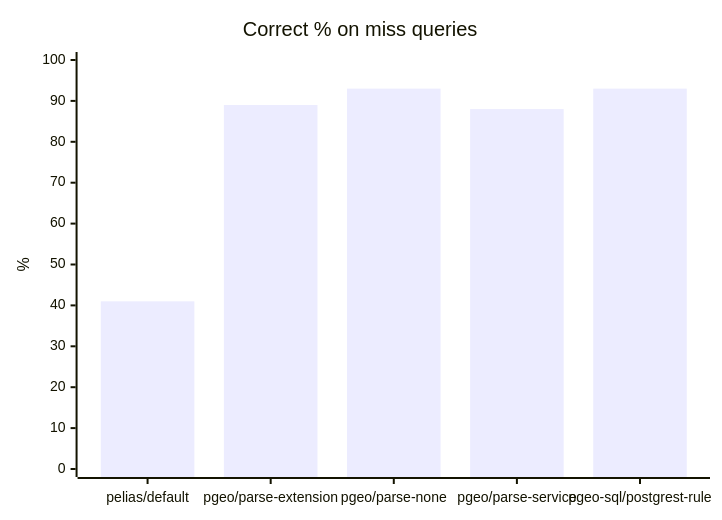
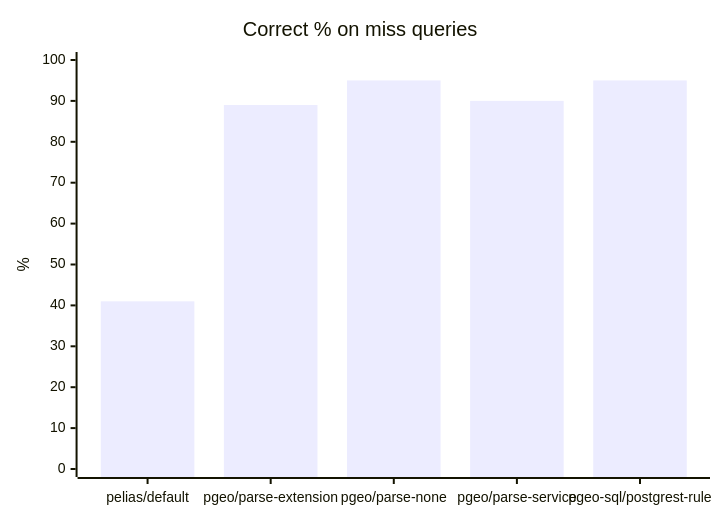
The fourth of 7 diagrams in docs/ACCURACY_RESULTS.md (johnzastrow/pgeo), drawn with Mermaid before and after one commit. The commit also changed other lines of this file and 4 other files, not shown here.

````diff
--- a/docs/ACCURACY_RESULTS.md
+++ b/docs/ACCURACY_RESULTS.md
@@ -109,7 +109,7 @@
 ```mermaid
 xychart-beta
     title "Correct % on miss queries"
     x-axis ["pelias/default", "pgeo/parse-extension", "pgeo/parse-none", "pgeo/parse-service", "pgeo-sql/postgrest-rule"]
     y-axis "%" 0 --> 100
-    bar [41, 89, 93, 88, 93]
+    bar [41, 89, 95, 90, 95]
 ```
````
